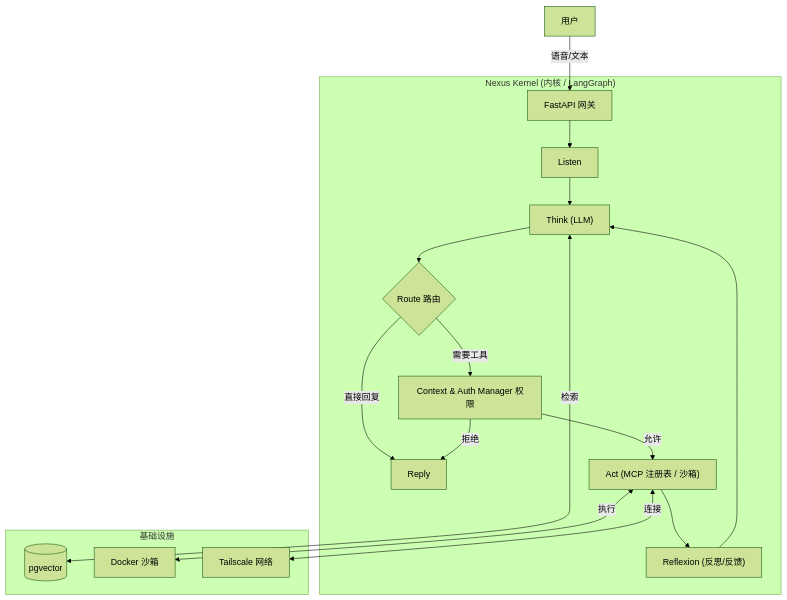
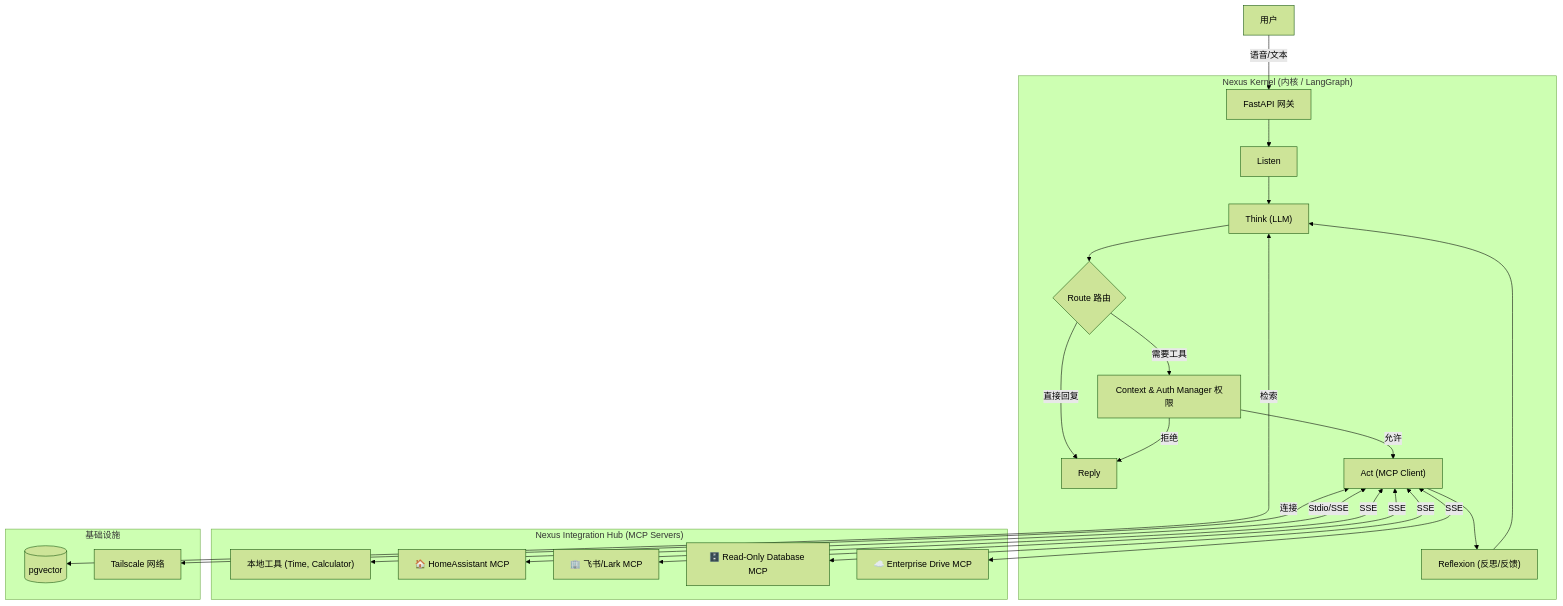
The diagram in ARCHITECTURE_zh.md (nexus-agent-lab/nexus-agent), drawn with Mermaid (forest theme) before and after one commit. The commit also changed other lines of this file and 16 other files, not shown here.

````diff
--- a/ARCHITECTURE_zh.md
+++ b/ARCHITECTURE_zh.md
@@ -55,25 +55,32 @@
 ```mermaid
 graph TD
     User[用户] -->|语音/文本| API[FastAPI 网关]
     
     subgraph "Nexus Kernel (内核 / LangGraph)"
         API --> Listen
         Listen --> Think["Think (LLM)"]
         Think --> Route{Route 路由}
         
         Route -->|需要工具| Auth["Context & Auth Manager 权限"]
         Route -->|直接回复| Reply
         
-        Auth -- 允许 --> Act["Act (MCP 注册表 / 沙箱)"]
+        Auth -- 允许 --> Act["Act (MCP Client)"]
         Auth -- 拒绝 --> Reply
         
         Act --> Reflexion["Reflexion (反思/反馈)"]
         Reflexion --> Think
     end
 
+    subgraph "Nexus Integration Hub (MCP Servers)"
+        Act <-->|Stdio/SSE| LocalTools["本地工具 (Time, Calculator)"]
+        Act <-->|SSE| HA["🏠 HomeAssistant MCP"]
+        Act <-->|SSE| Lark["🏢 飞书/Lark MCP"]
+        Act <-->|SSE| DB["🗄️ Read-Only Database MCP"]
+        Act <-->|SSE| Drive["☁️ Enterprise Drive MCP"]
+    end
+
     subgraph "基础设施"
         Think <-->|检索| Memory[("pgvector")]
-        Act <-->|执行| Sandbox["Docker 沙箱"]
         Act <-->|连接| Tailscale["Tailscale 网络"]
     end
 ```
````
